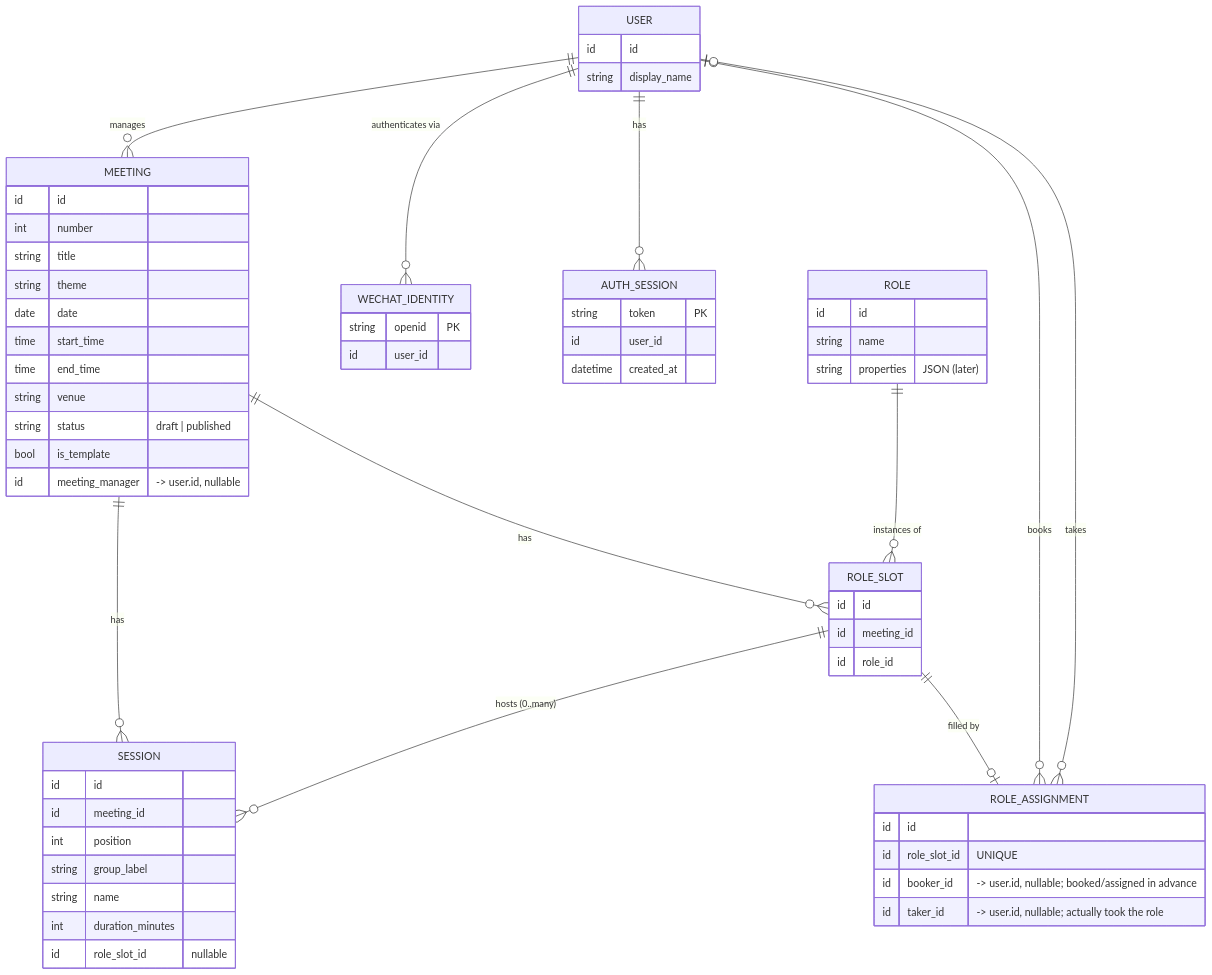
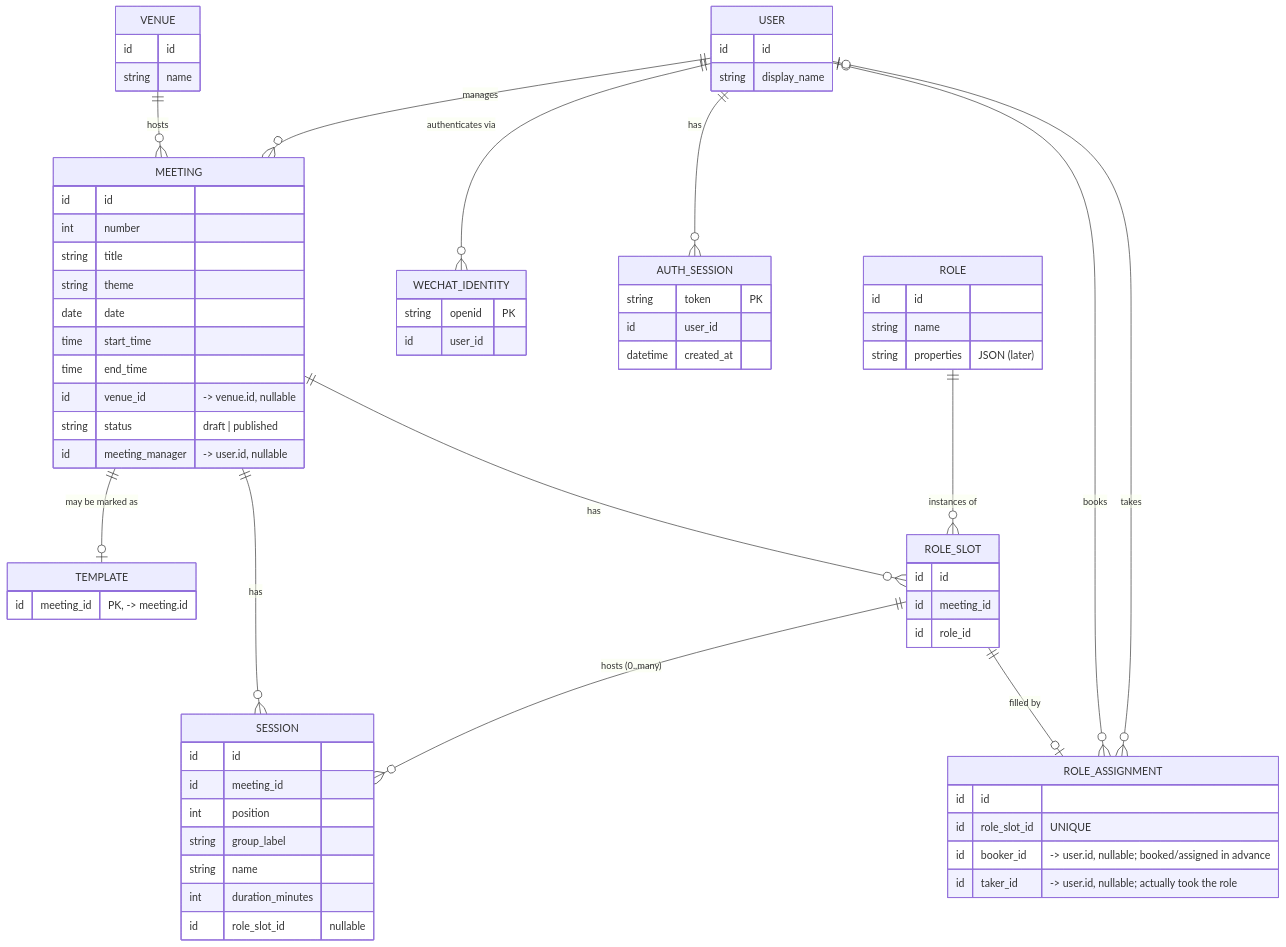
Before and after one commit to misu-tmc/misu: the diagram in design/storage/schema.md, drawn with Mermaid. The commit also changed other lines of this file and 6 other files, not shown here.

````diff
--- a/design/storage/schema.md
+++ b/design/storage/schema.md
@@ -15,65 +15,73 @@
 ```mermaid
 erDiagram
     USER      ||--o{ MEETING   : manages
     USER      ||--o{ WECHAT_IDENTITY : "authenticates via"
     USER      ||--o{ AUTH_SESSION : has
+    VENUE     ||--o{ MEETING   : hosts
+    MEETING   ||--o| TEMPLATE  : "may be marked as"
     MEETING   ||--o{ SESSION   : has
     MEETING   ||--o{ ROLE_SLOT : has
     ROLE      ||--o{ ROLE_SLOT : "instances of"
     ROLE_SLOT ||--o{ SESSION   : "hosts (0..many)"
     ROLE_SLOT ||--o| ROLE_ASSIGNMENT : "filled by"
     USER      |o--o{ ROLE_ASSIGNMENT : "books"
     USER      |o--o{ ROLE_ASSIGNMENT : "takes"
 
     USER {
         id     id
         string display_name
     }
     WECHAT_IDENTITY {
         string openid "PK"
         id     user_id
     }
     AUTH_SESSION {
         string   token "PK"
         id       user_id
         datetime created_at
     }
+    VENUE {
+      id     id
+      string name
+    }
     MEETING {
         id     id
         int    number
         string title
         string theme
         date   date
         time   start_time
         time   end_time
-        string venue
+        id     venue_id "-> venue.id, nullable"
         string status "draft | published"
-        bool   is_template
         id     meeting_manager "-> user.id, nullable"
     }
+      TEMPLATE {
+        id     meeting_id "PK, -> meeting.id"
+      }
     SESSION {
         id     id
         id     meeting_id
         int    position
         string group_label
         string name
         int    duration_minutes
         id     role_slot_id "nullable"
     }
     ROLE {
         id     id
         string name
         string properties "JSON (later)"
     }
     ROLE_SLOT {
         id     id
         id     meeting_id
         id     role_id
     }
     ROLE_ASSIGNMENT {
         id     id
         id     role_slot_id "UNIQUE"
         id     booker_id "-> user.id, nullable; booked/assigned in advance"
         id     taker_id  "-> user.id, nullable; actually took the role"
     }
 ```
````
